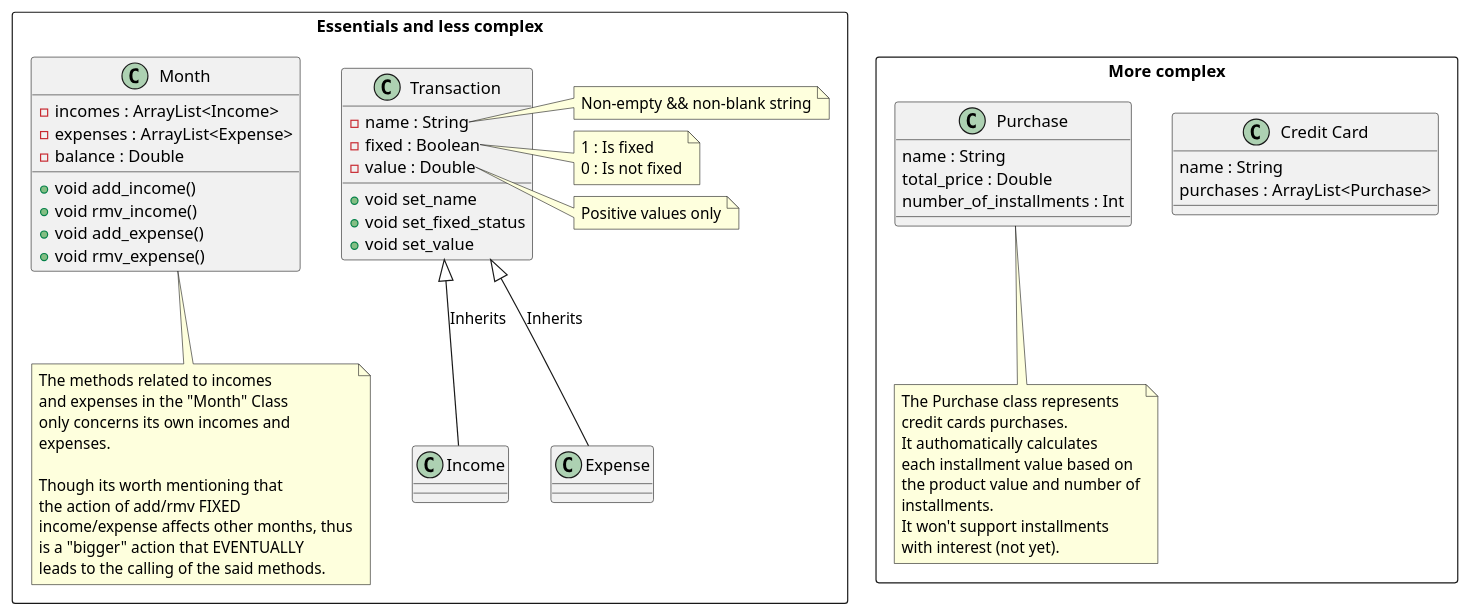
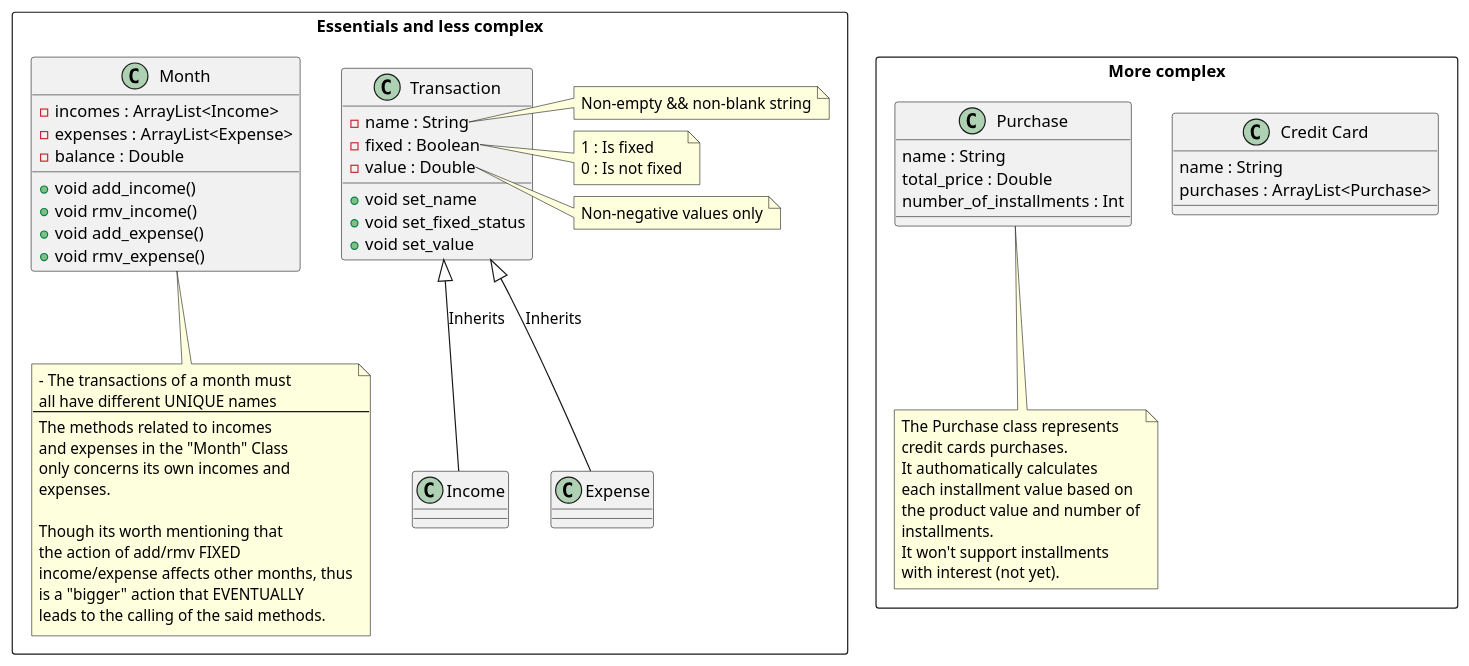
One commit to sarehicy/Planner-Financeiro changed the diagram in modelling/ModelPackage.plantuml. Above: the diagram before and after it, drawn with PlantUML.

Commit message:
docs: note for Month class

```diff
--- a/modelling/ModelPackage.plantuml
+++ b/modelling/ModelPackage.plantuml
@@ -1,84 +1,87 @@
 @startuml Model Package Class Diagram
 
 top to bottom direction
 
 rectangle "Essentials and less complex"{
 
     class "Transaction"{
         {field} - name : String
         {field} - fixed : Boolean
         {field} - value : Double
 
         {method} + void set_name
         {method} + void set_fixed_status
         {method} + void set_value
     }
 
     note right of Transaction::name
         Non-empty && non-blank string
     end note
     note right of Transaction::fixed
         1 : Is fixed
         0 : Is not fixed
     end note 
     note right of Transaction::value
-        Positive values only
+        Non-negative values only
     end note 
 
     class "Income"
     class "Expense"
 
     Transaction <|-- Income : Inherits
     Transaction <|-- Expense : Inherits
 
     
     class "Month"{
         {field} - incomes : ArrayList<Income>
         {field} - expenses : ArrayList<Expense>
         {field} - balance : Double
         {method} + void add_income()
         {method} + void rmv_income()
         {method} + void add_expense()
         {method} + void rmv_expense()
     }
 
     note bottom of "Month"
+        - The transactions of a month must
+        all have different UNIQUE names
+        ---
         The methods related to incomes 
         and expenses in the "Month" Class
         only concerns its own incomes and
         expenses.
 
         Though its worth mentioning that
         the action of add/rmv FIXED
         income/expense affects other months, thus
         is a "bigger" action that EVENTUALLY
         leads to the calling of the said methods.
     end note 
 }
 
 rectangle "More complex"{
     class "Credit Card"{
         {field} name : String
         {field} purchases : ArrayList<Purchase>
     }
 
     class "Purchase"{
         {field} name : String
         {field} total_price : Double
         {field} number_of_installments : Int
     }
 
     note bottom of "Purchase"
         The Purchase class represents
         credit cards purchases.
         It authomatically calculates 
         each installment value based on
         the product value and number of
         installments.
         It won't support installments
         with interest (not yet).
     end note 
 }
 
 
 @enduml
```
